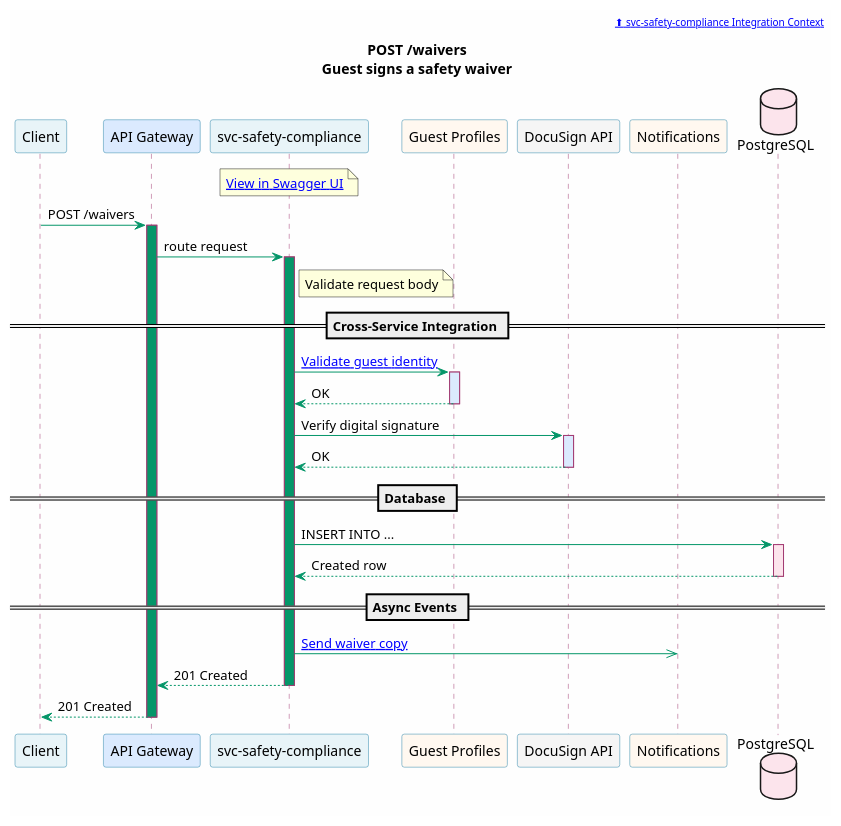
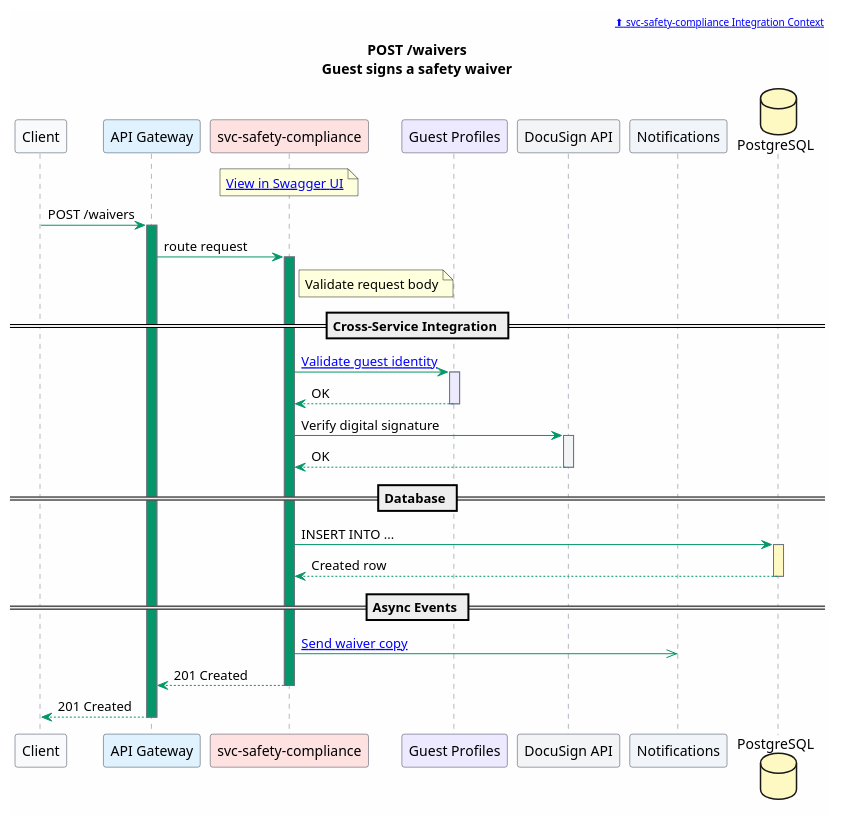
One commit to christopherblaisdell/continuous-architecture-platform-poc changed the diagram in portal/docs/microservices/puml/svc-safety-compliance--post-waivers.puml. Above: the diagram before and after it, drawn with PlantUML. The commit also changed 727 other files, not shown here.

```diff
--- a/portal/docs/microservices/puml/svc-safety-compliance--post-waivers.puml
+++ b/portal/docs/microservices/puml/svc-safety-compliance--post-waivers.puml
@@ -1,68 +1,68 @@
 @startuml svc-safety-compliance--post-waivers
 
 skinparam backgroundColor #FEFEFE
 skinparam shadowing false
 skinparam defaultFontName "Segoe UI"
 skinparam sequence {
     ArrowColor #059669
-    ParticipantBorderColor #2E86AB
-    ParticipantBackgroundColor #E8F4F8
-    LifeLineBorderColor #A23B72
-    BoxBorderColor #F18F01
-    BoxBackgroundColor #FFF8F0
-    NoteBorderColor #c77b30
-    NoteBackgroundColor #FEF3E7
+    ParticipantBorderColor #374151
+    ParticipantBackgroundColor #F9FAFB
+    LifeLineBorderColor #6B7280
+    BoxBorderColor #94A3B8
+    BoxBackgroundColor #F8FAFC
+    NoteBorderColor #64748B
+    NoteBackgroundColor #F8FAFC
 }
 
 header [[/microservices/svc-safety-compliance/#integration-context ⬆ svc-safety-compliance Integration Context]]
 
 title POST /waivers\nGuest signs a safety waiver
 
 participant "Client" as Client [[/applications/]]
-participant "API Gateway" as GW [[/actors/#api-gateway]] #DBEAFE
-participant "svc-safety-compliance" as Svc [[/microservices/svc-safety-compliance/]] #E8F4F8
-participant "Guest Profiles" as GP [[/microservices/svc-guest-profiles/]] #FFF8F0
-participant "DocuSign API" as DS [[/actors/#docusign-api]] #F5F5F5
-participant "Notifications" as Ntfy [[/microservices/svc-notifications/]] #FFF8F0
-database "PostgreSQL" as DB [[/microservices/svc-safety-compliance/#data-store]] #FCE4EC
+participant "API Gateway" as GW [[/actors/#api-gateway]] #E0F2FE
+participant "svc-safety-compliance" as Svc [[/microservices/svc-safety-compliance/]] #FEE2E2
+participant "Guest Profiles" as GP [[/microservices/svc-guest-profiles/]] #EDE9FE
+participant "DocuSign API" as DS [[/actors/#docusign-api]] #F3F4F6
+participant "Notifications" as Ntfy [[/microservices/svc-notifications/]] #F1F5F9
+database "PostgreSQL" as DB [[/microservices/svc-safety-compliance/#data-store]] #FEF9C3
 
 note over Svc
   [[/services/api/svc-safety-compliance.html#/Waivers/signWaiver View in Swagger UI]]
 end note
 
 Client -> GW : POST /waivers
 activate GW #059669
 GW -> Svc : route request
 activate Svc #059669
 
 note right of Svc : Validate request body
 
 == Cross-Service Integration ==
 
 Svc -> GP : [[/microservices/svc-guest-profiles/#get-guestsguest_id-get-guest-profile Validate guest identity]]
-activate GP #DBEAFE
+activate GP #EDE9FE
 GP --> Svc : OK
 deactivate GP
 
 Svc -> DS : Verify digital signature
-activate DS #DBEAFE
+activate DS #F3F4F6
 DS --> Svc : OK
 deactivate DS
 
 == Database ==
 
 Svc -> DB : INSERT INTO ...
-activate DB #FCE4EC
+activate DB #FEF9C3
 DB --> Svc : Created row
 deactivate DB
 
 == Async Events ==
 
 Svc ->> Ntfy : [[/microservices/svc-notifications/#post-notifications-send-a-notification Send waiver copy]]
 
 Svc --> GW : 201 Created
 deactivate Svc
 GW --> Client : 201 Created
 deactivate GW
 
 @enduml
```
